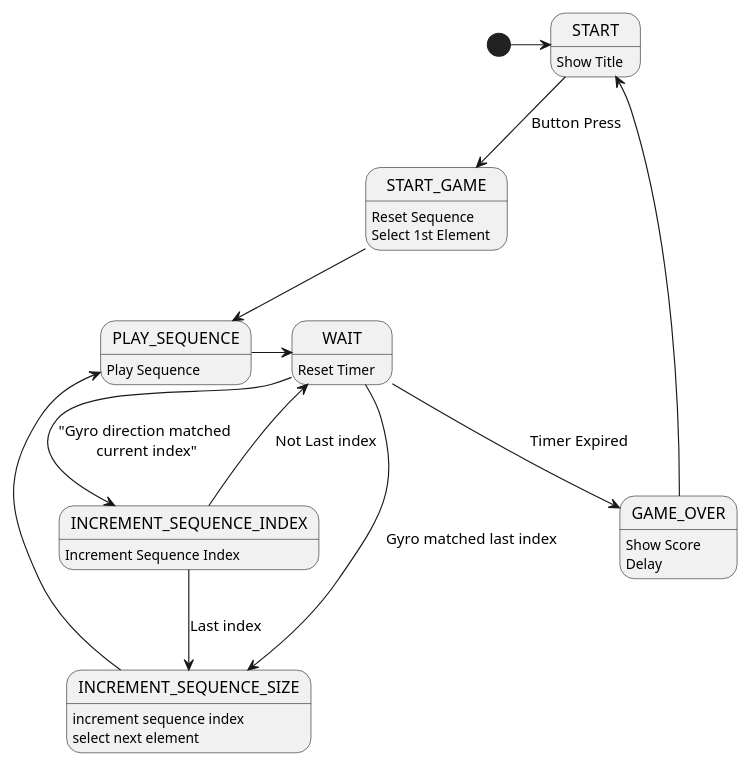
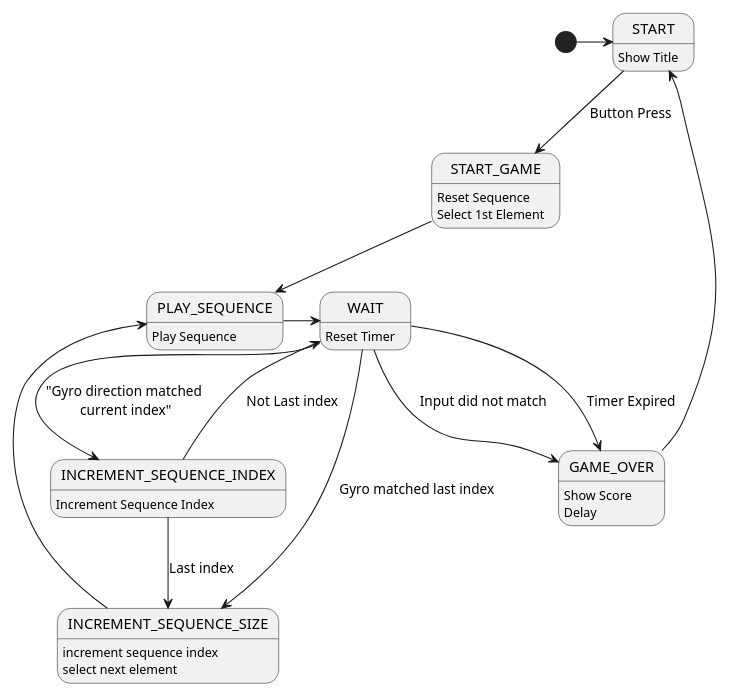
Before and after one commit to tnhabib/making_embedded_systems: the diagram in week4/gyroStateDiag.iuml, drawn with PlantUML.

Commit message:
added anotther transition to Game over state

```diff
--- a/week4/gyroStateDiag.iuml
+++ b/week4/gyroStateDiag.iuml
@@ -2,26 +2,27 @@
 @startuml
 scale 600 width
 
 [*] -> START
 START: Show Title
 START --> START_GAME : Button Press
 START_GAME: Reset Sequence
 START_GAME: Select 1st Element
 START_GAME --> PLAY_SEQUENCE
 PLAY_SEQUENCE: Play Sequence
 PLAY_SEQUENCE-> WAIT
 WAIT: Reset Timer
 WAIT --> GAME_OVER : Timer Expired
+WAIT --> GAME_OVER : Input did not match
 GAME_OVER: Show Score
 GAME_OVER: Delay
 GAME_OVER-> START
 WAIT-->INCREMENT_SEQUENCE_INDEX: "Gyro direction matched\n current index"
 WAIT-->INCREMENT_SEQUENCE_SIZE: Gyro matched last index
 INCREMENT_SEQUENCE_INDEX: Increment Sequence Index
 INCREMENT_SEQUENCE_INDEX-> WAIT: Not Last index
 INCREMENT_SEQUENCE_INDEX--> INCREMENT_SEQUENCE_SIZE: Last index
 INCREMENT_SEQUENCE_SIZE: increment sequence index
 INCREMENT_SEQUENCE_SIZE: select next element
 INCREMENT_SEQUENCE_SIZE-> PLAY_SEQUENCE
 
 @end_uml
```
